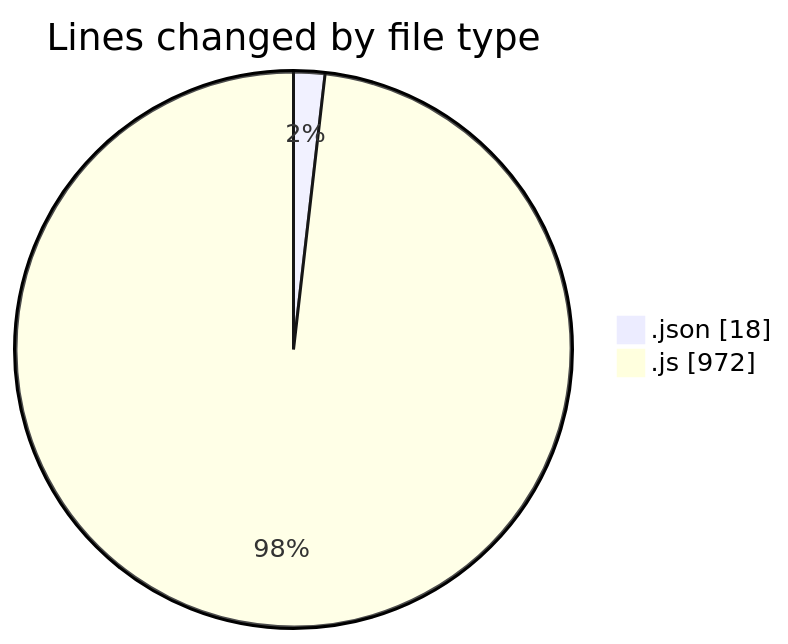
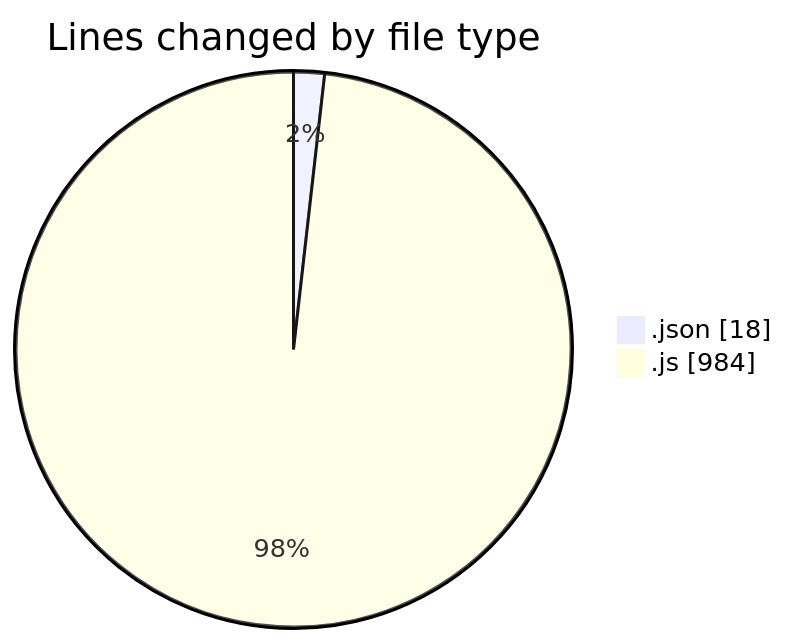
The first of 2 diagrams in 2025-04-01/jsvms/README.md (BS-eng2023/code-tracking), drawn with Mermaid before and after one commit. The commit also changed other lines of this file and 1 other file, not shown here.

````diff
--- a/2025-04-01/jsvms/README.md
+++ b/2025-04-01/jsvms/README.md
@@ -32,6 +33,6 @@
 ```mermaid
 pie showData
 title Lines changed by file type
 ".json" : 18
-".js" : 972
+".js" : 984
 ```
````
